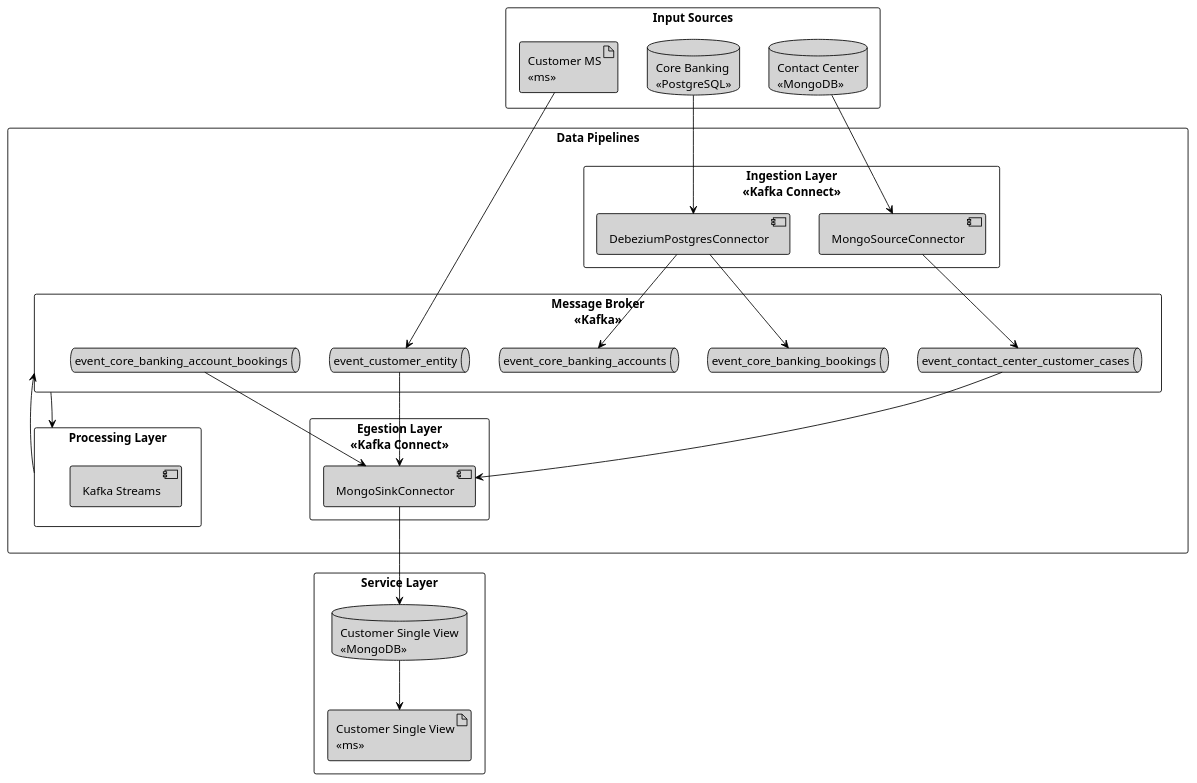
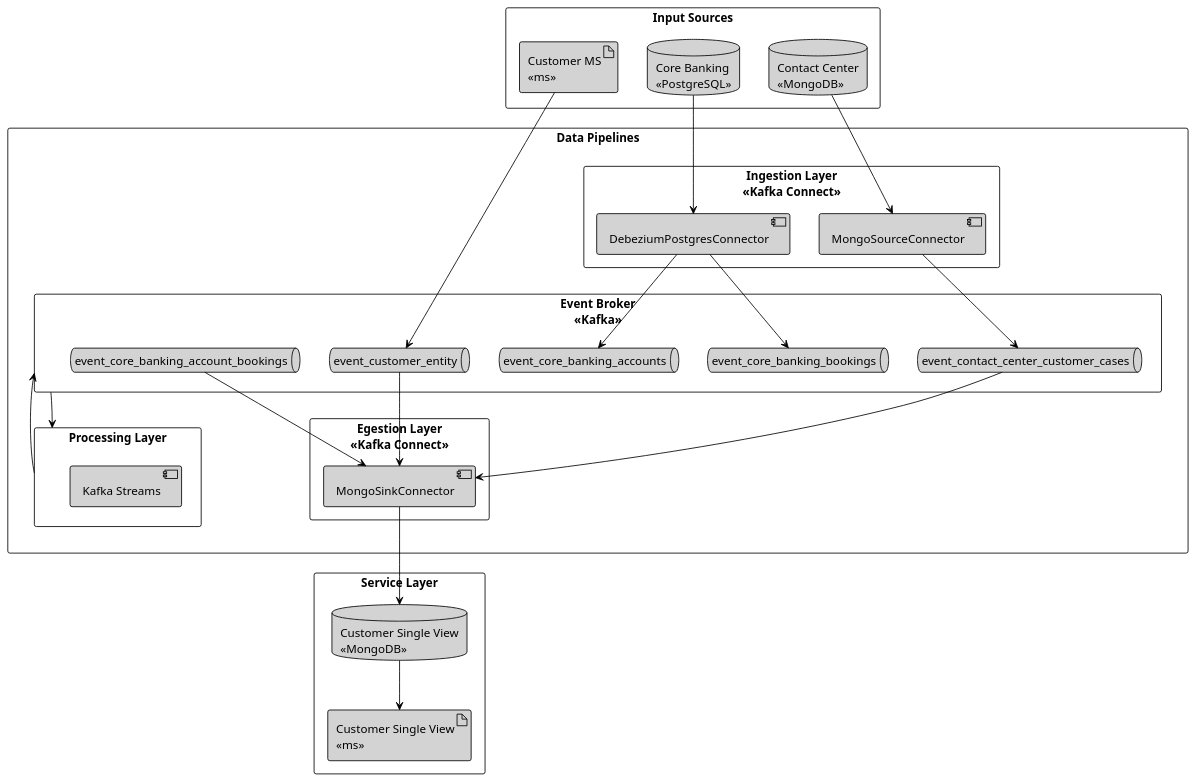
One commit to scalvetr/costomer-single-view changed the diagram in doc/system-design.puml. Above: the diagram before and after it, drawn with PlantUML. The commit also changed 1 other file, not shown here.

```diff
--- a/doc/system-design.puml
+++ b/doc/system-design.puml
@@ -1,81 +1,81 @@
 @startuml
 'https://plantuml.com/deployment-diagram
 ''!theme aws-orange
 
 <style>
 componentDiagram {
   BackGroundColor white
   LineThickness 1
   LineColor black
 }
 database {
     BackGroundColor: lightgrey;
 }
 artifact {
     BackGroundColor: lightgrey;
 }
 component {
     BackGroundColor: lightgrey;
 }
 queue {
     BackGroundColor: lightgrey;
 }
 </style>
 
 rectangle "Input Sources" as inputs {
     artifact "Customer MS\n<<ms>>" as ms_customer
     database "Core Banking\n<<PostgreSQL>>" as db_core_banking
     database "Contact Center\n<<MongoDB>>" as db_contact_center
 }
 
 rectangle "Data Pipelines" as pipelines {
     rectangle "Ingestion Layer\n<<Kafka Connect>>" as ingestion_layer {
        component "DebeziumPostgresConnector" as kafka_connect_postgres_source
        component "MongoSourceConnector" as kafka_connect_mongo_source
     }
-    rectangle "Message Broker\n<<Kafka>>" as message_broker {
+    rectangle "Event Broker\n<<Kafka>>" as event_broker {
         queue "event_customer_entity" as event_customer_entity
         queue "event_core_banking_bookings" as event_core_banking_bookings
         queue "event_core_banking_accounts" as event_core_banking_accounts
         queue "event_contact_center_customer_cases" as event_contact_center_customer_cases
         queue "event_core_banking_account_bookings" as event_core_banking_account_bookings
     }
 
     rectangle "Processing Layer" as processing_layer {
         component "Kafka Streams"
     }
 
     rectangle "Egestion Layer\n<<Kafka Connect>>" as egestion_layer {
        component "MongoSinkConnector" as kafka_connect_mongo_sink
     }
 
 }
 
 rectangle "Service Layer" as service_layer {
     artifact "Customer Single View\n<<ms>>" as ms_customer_single_view
     database "Customer Single View\n<<MongoDB>>" as db_customer_single_view
 }
 
 ' sources relations
 ms_customer --> event_customer_entity
 db_core_banking --> kafka_connect_postgres_source
 db_contact_center --> kafka_connect_mongo_source
 
 ' ingest relations
 kafka_connect_postgres_source --> event_core_banking_accounts
 kafka_connect_postgres_source --> event_core_banking_bookings
 kafka_connect_mongo_source --> event_contact_center_customer_cases
 
 event_customer_entity --> kafka_connect_mongo_sink
 event_core_banking_account_bookings --> kafka_connect_mongo_sink
 event_contact_center_customer_cases --> kafka_connect_mongo_sink
 
 
 kafka_connect_mongo_sink --> db_customer_single_view
 db_customer_single_view --> ms_customer_single_view
 
 
-message_broker --> processing_layer
-processing_layer --> message_broker
+event_broker --> processing_layer
+processing_layer --> event_broker
 
 @enduml
```
